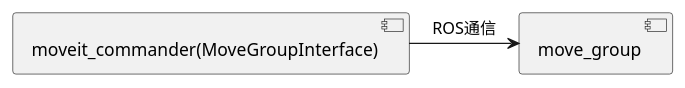
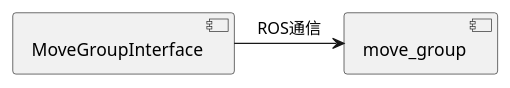
Before and after one commit to robo-marc/moveit_documents: the diagram in source/move_group_interface.rst, drawn with PlantUML.

Commit message:
update UML diagrams

```diff
--- a/source/move_group_interface.rst
+++ b/source/move_group_interface.rst
@@ -9,3 +9,3 @@
 .. uml::
 
-   [moveit_commander(MoveGroupInterface)] -right-> [move_group] : ROS通信
+   [MoveGroupInterface] -right-> [move_group] : ROS通信
```
